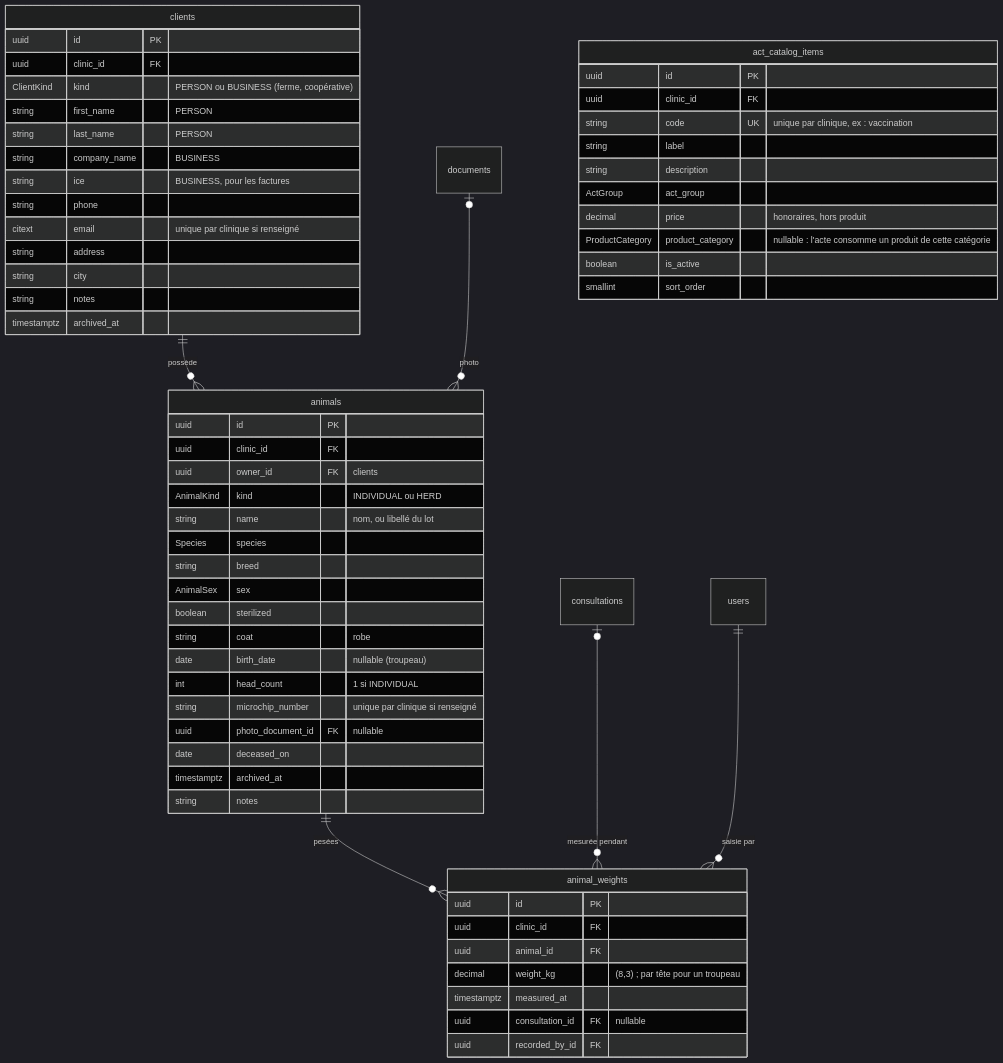
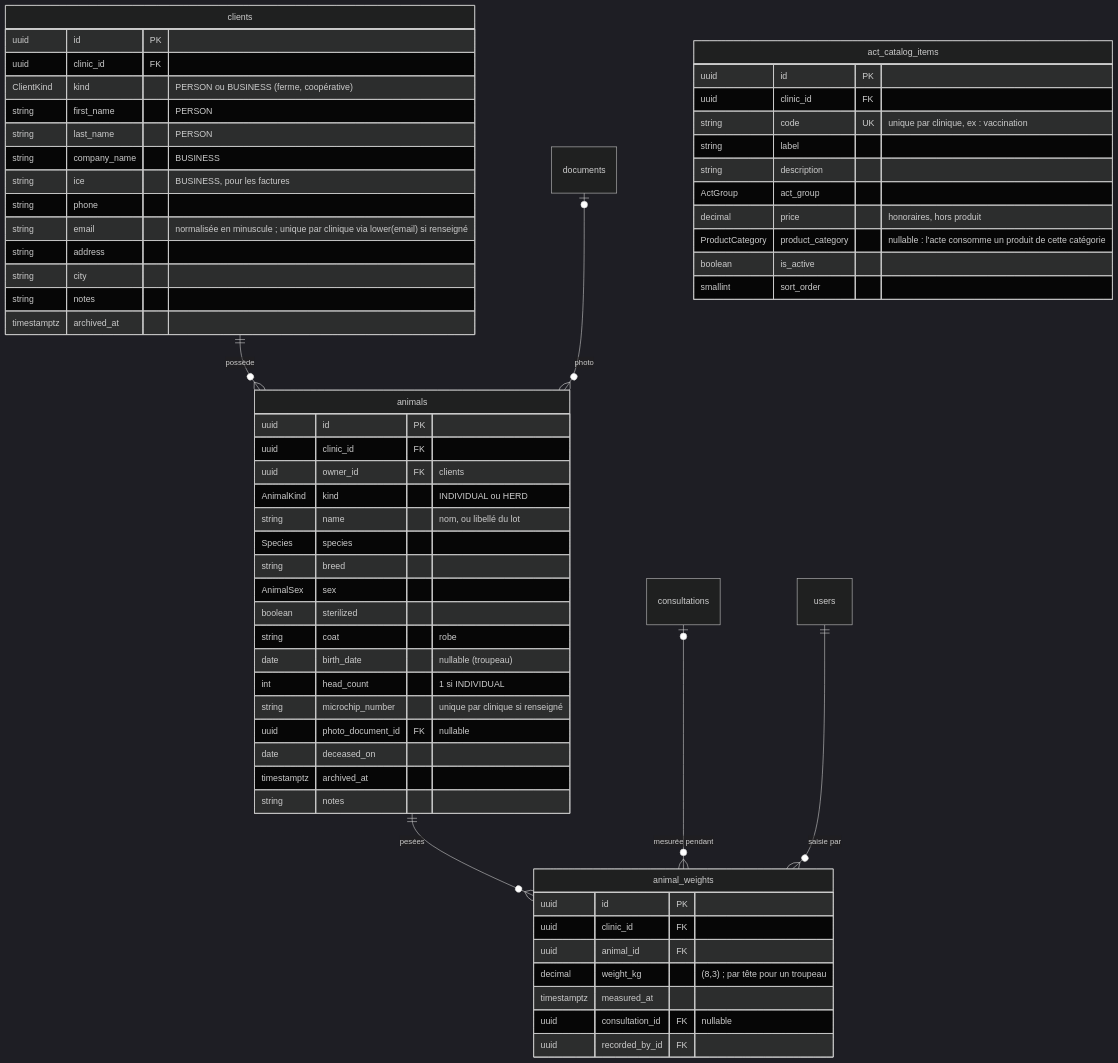
The third of 14 diagrams in docs/database/SCHEMA.md (Fares-Frini/veternity), drawn with Mermaid (dark theme) before and after one commit. The commit also changed other lines of this file and 4 other files, not shown here.

````diff
--- a/docs/database/SCHEMA.md
+++ b/docs/database/SCHEMA.md
@@ -190,67 +193,67 @@
 ```mermaid
 erDiagram
   clients ||--o{ animals : "possède"
   animals ||--o{ animal_weights : "pesées"
   consultations |o--o{ animal_weights : "mesurée pendant"
   users ||--o{ animal_weights : "saisie par"
   documents |o--o{ animals : "photo"
 
   clients {
     uuid id PK
     uuid clinic_id FK
     ClientKind kind "PERSON ou BUSINESS (ferme, coopérative)"
     string first_name "PERSON"
     string last_name "PERSON"
     string company_name "BUSINESS"
     string ice "BUSINESS, pour les factures"
     string phone
-    citext email "unique par clinique si renseigné"
+    string email "normalisée en minuscule ; unique par clinique via lower(email) si renseigné"
     string address
     string city
     string notes
     timestamptz archived_at
   }
 
   animals {
     uuid id PK
     uuid clinic_id FK
     uuid owner_id FK "clients"
     AnimalKind kind "INDIVIDUAL ou HERD"
     string name "nom, ou libellé du lot"
     Species species
     string breed
     AnimalSex sex
     boolean sterilized
     string coat "robe"
     date birth_date "nullable (troupeau)"
     int head_count "1 si INDIVIDUAL"
     string microchip_number "unique par clinique si renseigné"
     uuid photo_document_id FK "nullable"
     date deceased_on
     timestamptz archived_at
     string notes
   }
 
   animal_weights {
     uuid id PK
     uuid clinic_id FK
     uuid animal_id FK
     decimal weight_kg "(8,3) ; par tête pour un troupeau"
     timestamptz measured_at
     uuid consultation_id FK "nullable"
     uuid recorded_by_id FK
   }
 
   act_catalog_items {
     uuid id PK
     uuid clinic_id FK
     string code UK "unique par clinique, ex : vaccination"
     string label
     string description
     ActGroup act_group
     decimal price "honoraires, hors produit"
     ProductCategory product_category "nullable : l'acte consomme un produit de cette catégorie"
     boolean is_active
     smallint sort_order
   }
 ```
````
